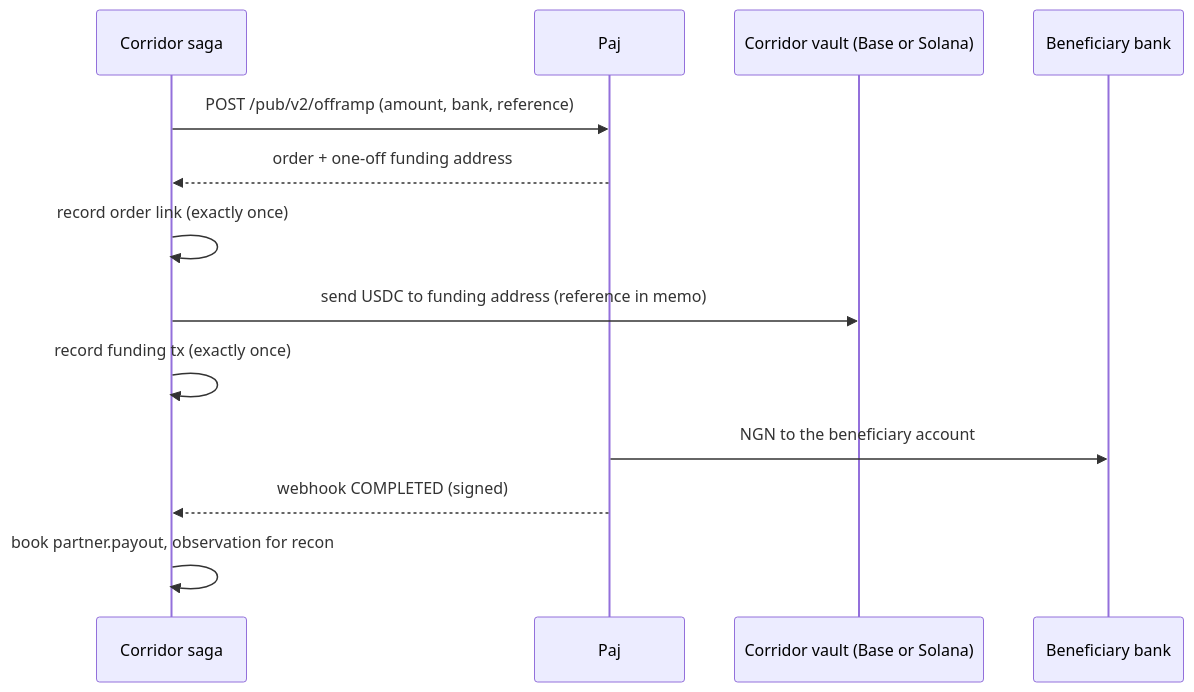
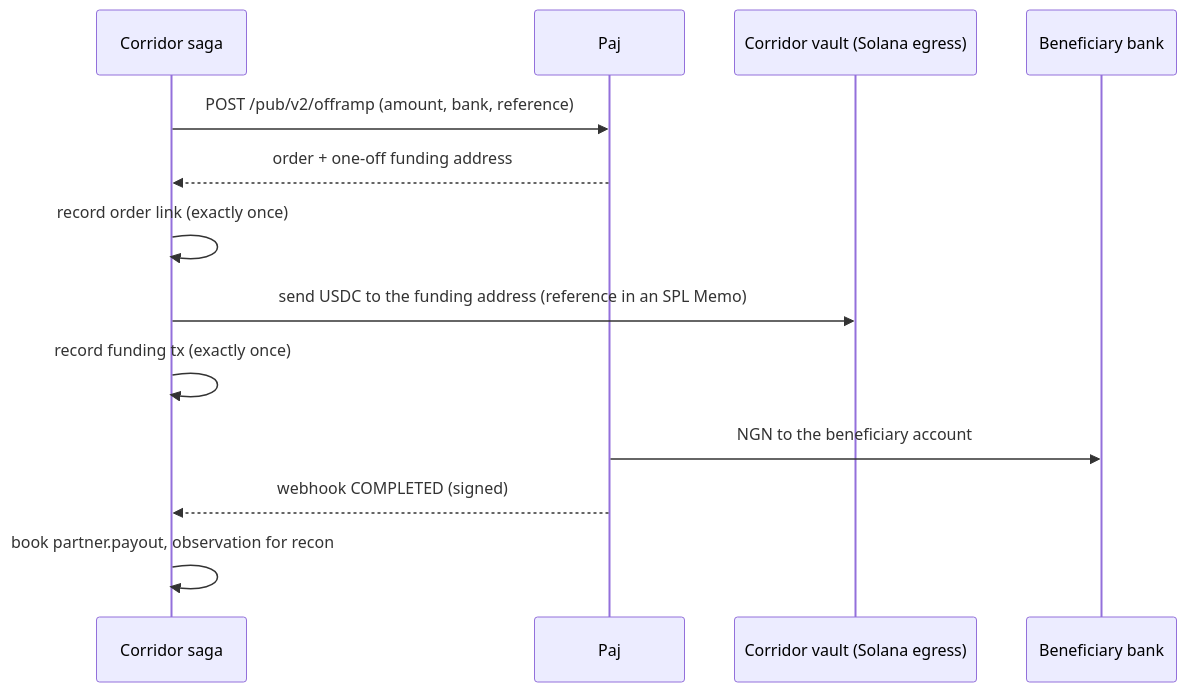
Before and after one commit to Udoka-AM/corridorHub: the diagram in apps/docs/integrations/paj.mdx, drawn with Mermaid. The commit also changed other lines of this file and 17 other files, not shown here.

````diff
--- a/apps/docs/integrations/paj.mdx
+++ b/apps/docs/integrations/paj.mdx
@@ -39,15 +47,15 @@
 ```mermaid
 sequenceDiagram
   participant S as Corridor saga
   participant P as Paj
-  participant V as Corridor vault (Base or Solana)
+  participant V as Corridor vault (Solana egress)
   participant B as Beneficiary bank
   S->>P: POST /pub/v2/offramp (amount, bank, reference)
   P-->>S: order + one-off funding address
   S->>S: record order link (exactly once)
-  S->>V: send USDC to funding address (reference in memo)
+  S->>V: send USDC to the funding address (reference in an SPL Memo)
   S->>S: record funding tx (exactly once)
   P->>B: NGN to the beneficiary account
   P-->>S: webhook COMPLETED (signed)
   S->>S: book partner.payout, observation for recon
 ```
````
